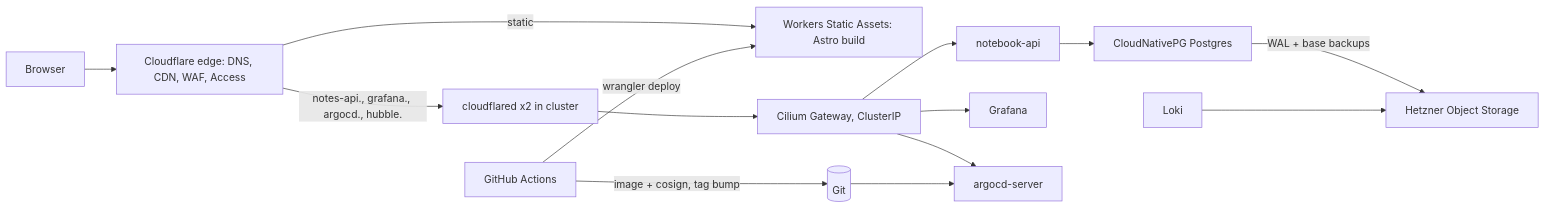
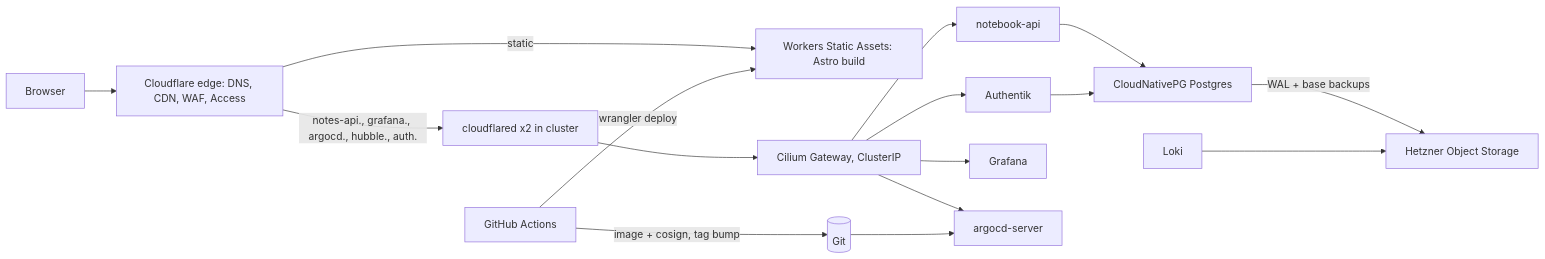
One commit to ivanpanev/ivanpanev.net changed the diagram in docs/architecture.md. Above: the diagram before and after it, drawn with Mermaid. The commit also changed other lines of this file and 297 other files, not shown here.

````diff
--- a/docs/architecture.md
+++ b/docs/architecture.md
@@ -8,16 +8,18 @@
 ```mermaid
 flowchart LR
   Browser --> CF[Cloudflare edge: DNS, CDN, WAF, Access]
   CF -->|static| Assets[Workers Static Assets: Astro build]
-  CF -->|notes-api., grafana., argocd., hubble.| Tunnel[cloudflared x2 in cluster]
+  CF -->|notes-api., grafana., argocd., hubble., auth.| Tunnel[cloudflared x2 in cluster]
   Tunnel --> GW[Cilium Gateway, ClusterIP]
   GW --> API[notebook-api]
+  GW --> Auth[Authentik]
   GW --> Grafana
   GW --> Argo[argocd-server]
   API --> PG[CloudNativePG Postgres]
+  Auth --> PG
   PG -->|WAL + base backups| S3[Hetzner Object Storage]
   Loki --> S3
   GH[GitHub Actions] -->|wrangler deploy| Assets
   GH -->|image + cosign, tag bump| Repo[(Git)]
   Repo --> Argo
 ```
````
